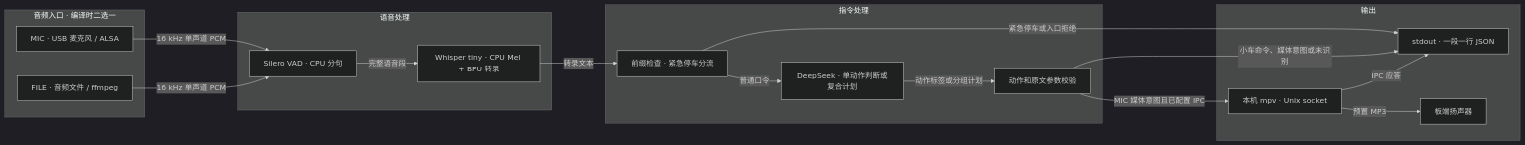
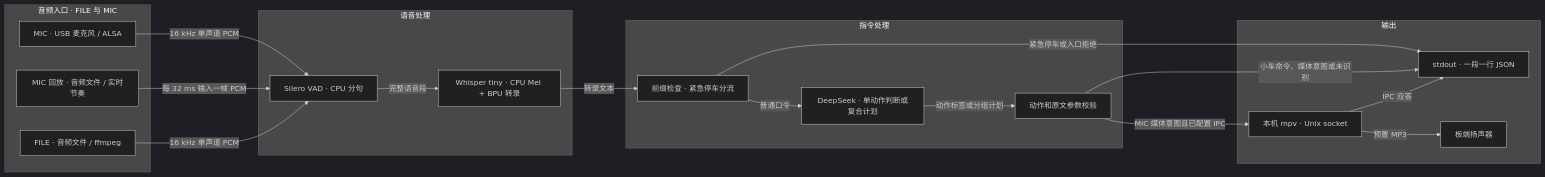
Before and after one commit to hhlqwq/models_deploy: the first of 3 diagrams in demo/smart_car/voice_control/docs/flow.md, drawn with Mermaid (dark theme). The commit also changed other lines of this file and 4 other files, not shown here.

````diff
--- a/demo/smart_car/voice_control/docs/flow.md
+++ b/demo/smart_car/voice_control/docs/flow.md
@@ -13,33 +14,35 @@
 ```mermaid
 flowchart LR
-    subgraph Inputs["音频入口 · 编译时二选一"]
+    subgraph Inputs["音频入口 · FILE 与 MIC"]
         Mic["MIC · USB 麦克风 / ALSA"]
+        Replay["MIC 回放 · 音频文件 / 实时节奏"]
         File["FILE · 音频文件 / ffmpeg"]
     end
     subgraph Speech["语音处理"]
         Vad["Silero VAD · CPU 分句"]
         Asr["Whisper tiny · CPU Mel + BPU 转录"]
     end
     subgraph Decision["指令处理"]
         Gate["前缀检查 · 紧急停车分流"]
         Validate["动作和原文参数校验"]
         Llm["DeepSeek · 单动作判断或复合计划"]
     end
     subgraph Outputs["输出"]
         Json["stdout · 一段一行 JSON"]
         Player["本机 mpv · Unix socket"]
         Speaker["板端扬声器"]
     end
 
     Mic -->|"16 kHz 单声道 PCM"| Vad
+    Replay -->|"每 32 ms 输入一帧 PCM"| Vad
     File -->|"16 kHz 单声道 PCM"| Vad
     Vad -->|"完整语音段"| Asr
     Asr -->|"转录文本"| Gate
     Gate -->|"普通口令"| Llm
     Gate -->|"紧急停车或入口拒绝"| Json
     Llm -->|"动作标签或分组计划"| Validate
     Validate -->|"小车命令、媒体意图或未识别"| Json
     Validate -->|"MIC 媒体意图且已配置 IPC"| Player
     Player -->|"IPC 应答"| Json
     Player -->|"预置 MP3"| Speaker
 ```
````
